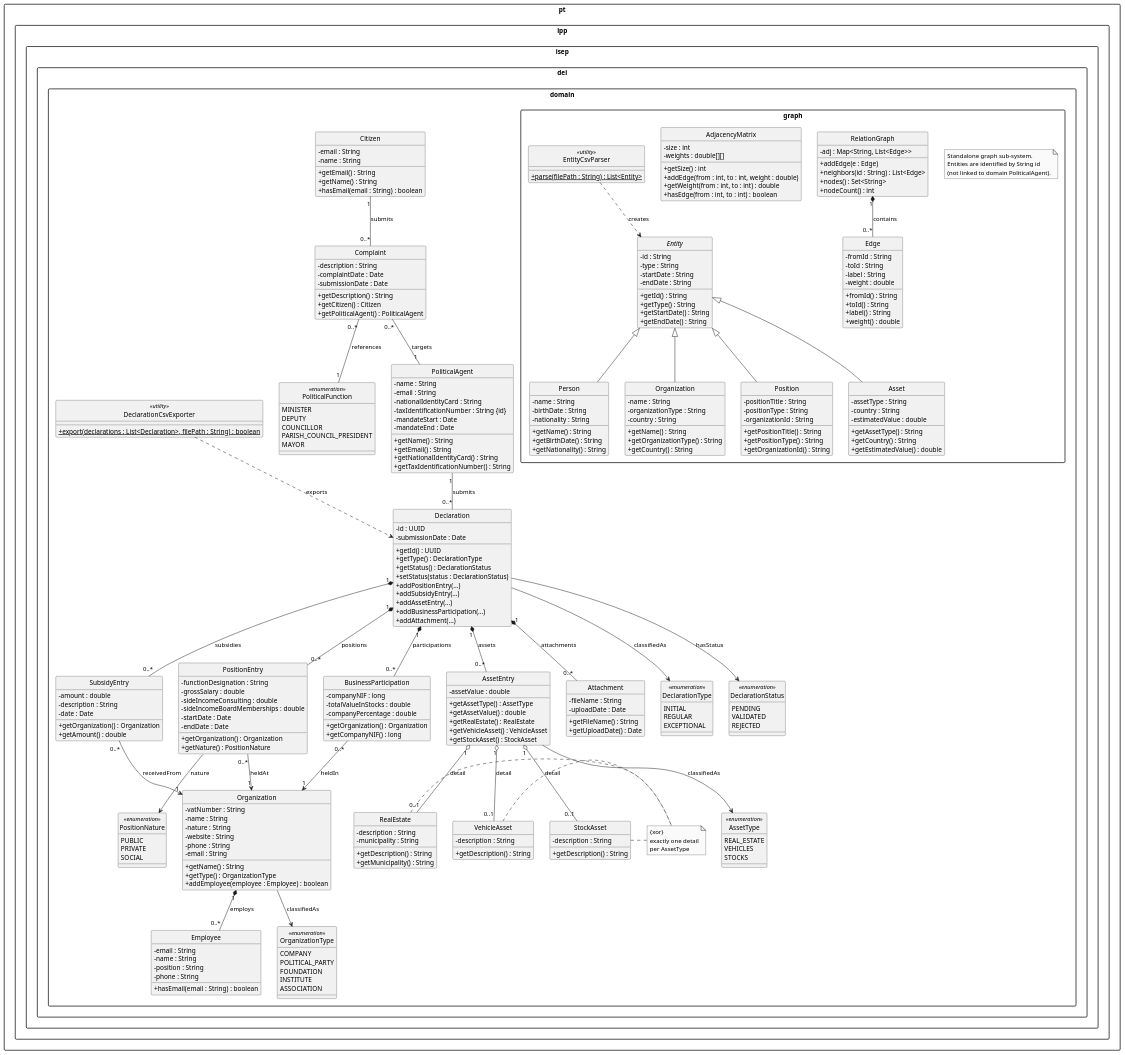
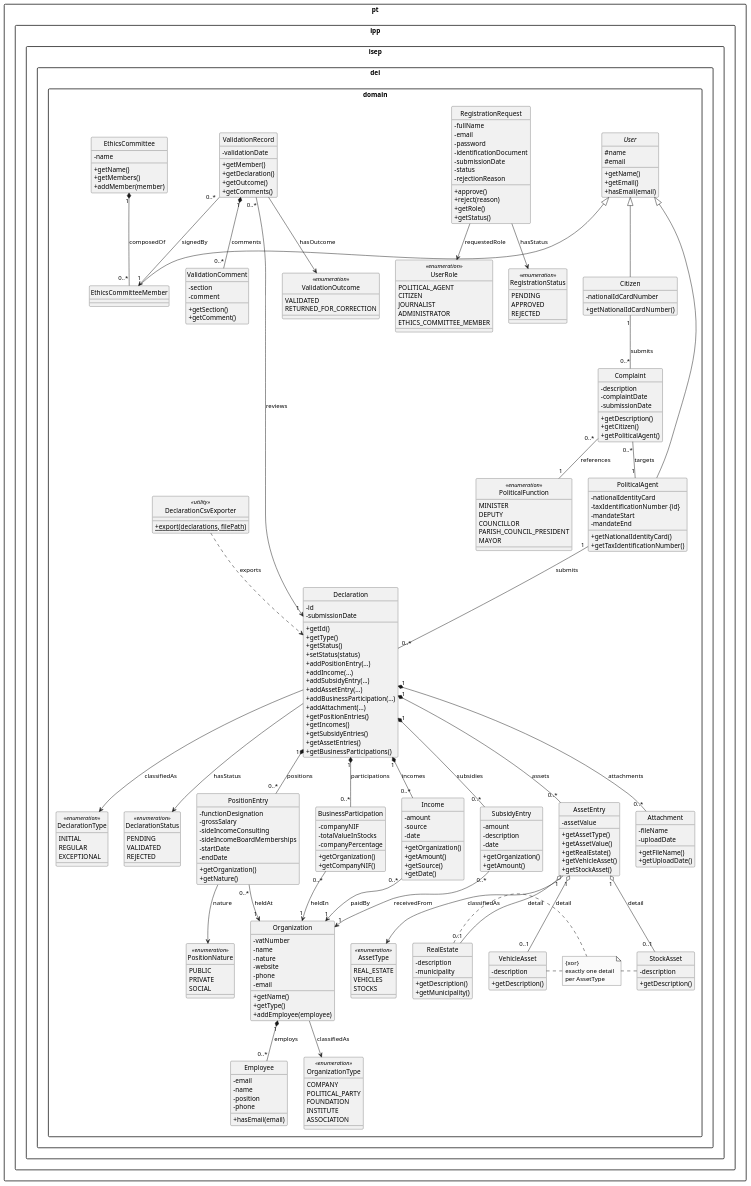
The diagram in docs/system-documentation/global-artifacts/03.design/puml/class-diagram.puml (brunodspinto/crystal-clear-platform), drawn with PlantUML before and after one commit. The commit also changed 1 other file, not shown here.

Commit message:
Removed variable types from the global class diagram

```diff
--- a/docs/system-documentation/global-artifacts/03.design/puml/class-diagram.puml
+++ b/docs/system-documentation/global-artifacts/03.design/puml/class-diagram.puml
@@ -8,140 +8,111 @@
 
 package "pt.ipp.isep.dei.domain" {
 
+    ' -- user hierarchy ----------------------------------------------------
+    abstract class User {
+        # name
+        # email
+        + getName()
+        + getEmail()
+        + hasEmail(email)
+    }
+
     class PoliticalAgent {
-        - name : String
-        - email : String
-        - nationalIdentityCard : String
-        - taxIdentificationNumber : String {id}
-        - mandateStart : Date
-        - mandateEnd : Date
-        + getName() : String
-        + getEmail() : String
-        + getNationalIdentityCard() : String
-        + getTaxIdentificationNumber() : String
+        - nationalIdentityCard
+        - taxIdentificationNumber {id}
+        - mandateStart
+        - mandateEnd
+        + getNationalIdentityCard()
+        + getTaxIdentificationNumber()
     }
 
     class Citizen {
-        - email : String
-        - name : String
-        + getEmail() : String
-        + getName() : String
-        + hasEmail(email : String) : boolean
+        - nationalIdCardNumber
+        + getNationalIdCardNumber()
     }
 
-    ' ── complaint ────────────────────────────────────────────────────────
-    class Complaint {
-        - description : String
-        - complaintDate : Date
-        - submissionDate : Date
-        + getDescription() : String
-        + getCitizen() : Citizen
-        + getPoliticalAgent() : PoliticalAgent
+    class EthicsCommitteeMember {
     }
 
-    ' ── declaration aggregate ────────────────────────────────────────────
+    User <|-- PoliticalAgent
+    User <|-- Citizen
+    User <|-- EthicsCommitteeMember
+
+    ' -- registration ------------------------------------------------------
+    class RegistrationRequest {
+        - fullName
+        - email
+        - password
+        - identificationDocument
+        - submissionDate
+        - status
+        - rejectionReason
+        + approve()
+        + reject(reason)
+        + getRole()
+        + getStatus()
+    }
+
+    enum UserRole <<enumeration>> {
+        POLITICAL_AGENT
+        CITIZEN
+        JOURNALIST
+        ADMINISTRATOR
+        ETHICS_COMMITTEE_MEMBER
+    }
+
+    enum RegistrationStatus <<enumeration>> {
+        PENDING
+        APPROVED
+        REJECTED
+    }
+
+    RegistrationRequest --> UserRole : requestedRole
+    RegistrationRequest --> RegistrationStatus : hasStatus
+
+    ' -- complaint ---------------------------------------------------------
+    class Complaint {
+        - description
+        - complaintDate
+        - submissionDate
+        + getDescription()
+        + getCitizen()
+        + getPoliticalAgent()
+    }
+
+    enum PoliticalFunction <<enumeration>> {
+        MINISTER
+        DEPUTY
+        COUNCILLOR
+        PARISH_COUNCIL_PRESIDENT
+        MAYOR
+    }
+
+    Citizen "1" -- "0..*" Complaint : submits
+    Complaint "0..*" -- "1" PoliticalAgent : targets
+    Complaint "0..*" -- "1" PoliticalFunction : references
+
+    ' -- declaration aggregate --------------------------------------------
     class Declaration {
-        - id : UUID
-        - submissionDate : Date
-        + getId() : UUID
-        + getType() : DeclarationType
-        + getStatus() : DeclarationStatus
-        + setStatus(status : DeclarationStatus)
+        - id
+        - submissionDate
+        + getId()
+        + getType()
+        + getStatus()
+        + setStatus(status)
         + addPositionEntry(...)
+        + addIncome(...)
         + addSubsidyEntry(...)
         + addAssetEntry(...)
         + addBusinessParticipation(...)
         + addAttachment(...)
+        + getPositionEntries()
+        + getIncomes()
+        + getSubsidyEntries()
+        + getAssetEntries()
+        + getBusinessParticipations()
     }
 
-    class PositionEntry {
-        - functionDesignation : String
-        - grossSalary : double
-        - sideIncomeConsulting : double
-        - sideIncomeBoardMemberships : double
-        - startDate : Date
-        - endDate : Date
-        + getOrganization() : Organization
-        + getNature() : PositionNature
-    }
-
-    class SubsidyEntry {
-        - amount : double
-        - description : String
-        - date : Date
-        + getOrganization() : Organization
-        + getAmount() : double
-    }
-
-    class AssetEntry {
-        - assetValue : double
-        + getAssetType() : AssetType
-        + getAssetValue() : double
-        + getRealEstate() : RealEstate
-        + getVehicleAsset() : VehicleAsset
-        + getStockAsset() : StockAsset
-    }
-
-    class BusinessParticipation {
-        - companyNIF : long
-        - totalValueInStocks : double
-        - companyPercentage : double
-        + getOrganization() : Organization
-        + getCompanyNIF() : long
-    }
-
-    class Attachment {
-        - fileName : String
-        - uploadDate : Date
-        + getFileName() : String
-        + getUploadDate() : Date
-    }
-
-    ' ── organisation ─────────────────────────────────────────────────────
-    class Organization {
-        - vatNumber : String
-        - name : String
-        - nature : String
-        - website : String
-        - phone : String
-        - email : String
-        + getName() : String
-        + getType() : OrganizationType
-        + addEmployee(employee : Employee) : boolean
-    }
-
-    class Employee {
-        - email : String
-        - name : String
-        - position : String
-        - phone : String
-        + hasEmail(email : String) : boolean
-    }
-
-    ' ── asset detail classes ─────────────────────────────────────────────
-    class RealEstate {
-        - description : String
-        - municipality : String
-        + getDescription() : String
-        + getMunicipality() : String
-    }
-
-    class VehicleAsset {
-        - description : String
-        + getDescription() : String
-    }
-
-    class StockAsset {
-        - description : String
-        + getDescription() : String
-    }
-
-    ' ── utilities ────────────────────────────────────────────────────────
-    class DeclarationCsvExporter <<utility>> {
-        + {static} export(declarations : List<Declaration>, filePath : String) : boolean
-    }
-
-    ' ── enumerations ─────────────────────────────────────────────────────
     enum DeclarationType <<enumeration>> {
         INITIAL
         REGULAR
@@ -154,12 +125,167 @@
         REJECTED
     }
 
-    enum PoliticalFunction <<enumeration>> {
-        MINISTER
-        DEPUTY
-        COUNCILLOR
-        PARISH_COUNCIL_PRESIDENT
-        MAYOR
+    class PositionEntry {
+        - functionDesignation
+        - grossSalary
+        - sideIncomeConsulting
+        - sideIncomeBoardMemberships
+        - startDate
+        - endDate
+        + getOrganization()
+        + getNature()
+    }
+
+    class Income {
+        - amount
+        - source
+        - date
+        + getOrganization()
+        + getAmount()
+        + getSource()
+        + getDate()
+    }
+
+    class SubsidyEntry {
+        - amount
+        - description
+        - date
+        + getOrganization()
+        + getAmount()
+    }
+
+    class AssetEntry {
+        - assetValue
+        + getAssetType()
+        + getAssetValue()
+        + getRealEstate()
+        + getVehicleAsset()
+        + getStockAsset()
+    }
+
+    class BusinessParticipation {
+        - companyNIF
+        - totalValueInStocks
+        - companyPercentage
+        + getOrganization()
+        + getCompanyNIF()
+    }
+
+    class Attachment {
+        - fileName
+        - uploadDate
+        + getFileName()
+        + getUploadDate()
+    }
+
+    enum PositionNature <<enumeration>> {
+        PUBLIC
+        PRIVATE
+        SOCIAL
+    }
+
+    enum AssetType <<enumeration>> {
+        REAL_ESTATE
+        VEHICLES
+        STOCKS
+    }
+
+    PoliticalAgent "1" -- "0..*" Declaration : submits
+    Declaration --> DeclarationType : classifiedAs
+    Declaration --> DeclarationStatus : hasStatus
+    Declaration "1" *-- "0..*" PositionEntry : positions
+    Declaration "1" *-- "0..*" Income : incomes
+    Declaration "1" *-- "0..*" SubsidyEntry : subsidies
+    Declaration "1" *-- "0..*" AssetEntry : assets
+    Declaration "1" *-- "0..*" BusinessParticipation : participations
+    Declaration "1" *-- "0..*" Attachment : attachments
+
+    PositionEntry "0..*" --> "1" Organization : heldAt
+    PositionEntry --> PositionNature : nature
+    Income "0..*" --> "1" Organization : paidBy
+    SubsidyEntry "0..*" --> "1" Organization : receivedFrom
+    BusinessParticipation "0..*" --> "1" Organization : heldIn
+
+    ' -- asset detail classes ({xor}: exactly one is non-null) ------------
+    class RealEstate {
+        - description
+        - municipality
+        + getDescription()
+        + getMunicipality()
+    }
+
+    class VehicleAsset {
+        - description
+        + getDescription()
+    }
+
+    class StockAsset {
+        - description
+        + getDescription()
+    }
+
+    AssetEntry --> AssetType : classifiedAs
+    AssetEntry "1" o-- "0..1" RealEstate : detail
+    AssetEntry "1" o-- "0..1" VehicleAsset : detail
+    AssetEntry "1" o-- "0..1" StockAsset : detail
+    note "{xor}\nexactly one detail\nper AssetType" as XOR
+    RealEstate . XOR
+    VehicleAsset . XOR
+    StockAsset . XOR
+
+    ' -- validation (US08) ------------------------------------------------
+    class ValidationRecord {
+        - validationDate
+        + getMember()
+        + getDeclaration()
+        + getOutcome()
+        + getComments()
+    }
+
+    class ValidationComment {
+        - section
+        - comment
+        + getSection()
+        + getComment()
+    }
+
+    enum ValidationOutcome <<enumeration>> {
+        VALIDATED
+        RETURNED_FOR_CORRECTION
+    }
+
+    class EthicsCommittee {
+        - name
+        + getName()
+        + getMembers()
+        + addMember(member)
+    }
+
+    EthicsCommittee "1" *-- "0..*" EthicsCommitteeMember : composedOf
+    ValidationRecord "0..*" --> "1" EthicsCommitteeMember : signedBy
+    ValidationRecord "0..*" --> "1" Declaration : reviews
+    ValidationRecord --> ValidationOutcome : hasOutcome
+    ValidationRecord "1" *-- "0..*" ValidationComment : comments
+
+    ' -- organisation -----------------------------------------------------
+    class Organization {
+        - vatNumber
+        - name
+        - nature
+        - website
+        - phone
+        - email
+        + getName()
+        + getType()
+        + addEmployee(employee)
+    }
+
+    class Employee {
+        - email
+        - name
+        - position
+        - phone
+        + hasEmail(email)
     }
 
     enum OrganizationType <<enumeration>> {
@@ -170,150 +296,15 @@
         ASSOCIATION
     }
 
-    enum AssetType <<enumeration>> {
-        REAL_ESTATE
-        VEHICLES
-        STOCKS
-    }
-
-    enum PositionNature <<enumeration>> {
-        PUBLIC
-        PRIVATE
-        SOCIAL
-    }
-
-    ' ── complaint associations ───────────────────────────────────────────
-    Citizen "1" -- "0..*" Complaint : submits
-    Complaint "0..*" -- "1" PoliticalAgent : targets
-    Complaint "0..*" -- "1" PoliticalFunction : references
-
-    ' ── declaration associations ─────────────────────────────────────────
-    PoliticalAgent "1" -- "0..*" Declaration : submits
-    Declaration --> DeclarationType : classifiedAs
-    Declaration --> DeclarationStatus : hasStatus
-    Declaration "1" *-- "0..*" PositionEntry : positions
-    Declaration "1" *-- "0..*" SubsidyEntry : subsidies
-    Declaration "1" *-- "0..*" AssetEntry : assets
-    Declaration "1" *-- "0..*" BusinessParticipation : participations
-    Declaration "1" *-- "0..*" Attachment : attachments
-
-    ' ── entry associations ───────────────────────────────────────────────
-    PositionEntry "0..*" --> "1" Organization : heldAt
-    PositionEntry --> PositionNature : nature
-    SubsidyEntry "0..*" --> "1" Organization : receivedFrom
-    BusinessParticipation "0..*" --> "1" Organization : heldIn
-
-    ' ── asset detail associations ({xor}: exactly one is non-null) ───────
-    AssetEntry --> AssetType : classifiedAs
-    AssetEntry "1" o-- "0..1" RealEstate : detail
-    AssetEntry "1" o-- "0..1" VehicleAsset : detail
-    AssetEntry "1" o-- "0..1" StockAsset : detail
-    note "{xor}\nexactly one detail\nper AssetType" as XOR
-    RealEstate . XOR
-    VehicleAsset . XOR
-    StockAsset . XOR
-
-    ' ── organisation associations ────────────────────────────────────────
     Organization --> OrganizationType : classifiedAs
     Organization "1" *-- "0..*" Employee : employs
 
-    ' ── utility usage ────────────────────────────────────────────────────
+    ' -- utility ----------------------------------------------------------
+    class DeclarationCsvExporter <<utility>> {
+        + {static} export(declarations, filePath)
+    }
+
     DeclarationCsvExporter ..> Declaration : exports
 }
 
-package "pt.ipp.isep.dei.domain.graph" {
-
-    note "Standalone graph sub-system.\nEntities are identified by String id\n(not linked to domain PoliticalAgent)." as GraphNote
-
-    abstract class Entity {
-        - id : String
-        - type : String
-        - startDate : String
-        - endDate : String
-        + getId() : String
-        + getType() : String
-        + getStartDate() : String
-        + getEndDate() : String
-    }
-
-    class Person {
-        - name : String
-        - birthDate : String
-        - nationality : String
-        + getName() : String
-        + getBirthDate() : String
-        + getNationality() : String
-    }
-
-    class Organization {
-        - name : String
-        - organizationType : String
-        - country : String
-        + getName() : String
-        + getOrganizationType() : String
-        + getCountry() : String
-    }
-
-    class Position {
-        - positionTitle : String
-        - positionType : String
-        - organizationId : String
-        + getPositionTitle() : String
-        + getPositionType() : String
-        + getOrganizationId() : String
-    }
-
-    class Asset {
-        - assetType : String
-        - country : String
-        - estimatedValue : double
-        + getAssetType() : String
-        + getCountry() : String
-        + getEstimatedValue() : double
-    }
-
-    class Edge {
-        - fromId : String
-        - toId : String
-        - label : String
-        - weight : double
-        + fromId() : String
-        + toId() : String
-        + label() : String
-        + weight() : double
-    }
-
-    class RelationGraph {
-        - adj : Map<String, List<Edge>>
-        + addEdge(e : Edge)
-        + neighbors(id : String) : List<Edge>
-        + nodes() : Set<String>
-        + nodeCount() : int
-    }
-
-    class AdjacencyMatrix {
-        - size : int
-        - weights : double[][]
-        + getSize() : int
-        + addEdge(from : int, to : int, weight : double)
-        + getWeight(from : int, to : int) : double
-        + hasEdge(from : int, to : int) : boolean
-    }
-
-    class EntityCsvParser <<utility>> {
-        + {static} parse(filePath : String) : List<Entity>
-    }
-
-    ' ── inheritance ──────────────────────────────────────────────────────
-    Entity <|-- Person
-    Entity <|-- Organization
-    Entity <|-- Position
-    Entity <|-- Asset
-
-    ' ── graph associations ───────────────────────────────────────────────
-    RelationGraph "1" *-- "0..*" Edge : contains
-
-    EntityCsvParser ..> Entity : creates
-}
-
 @enduml
```
